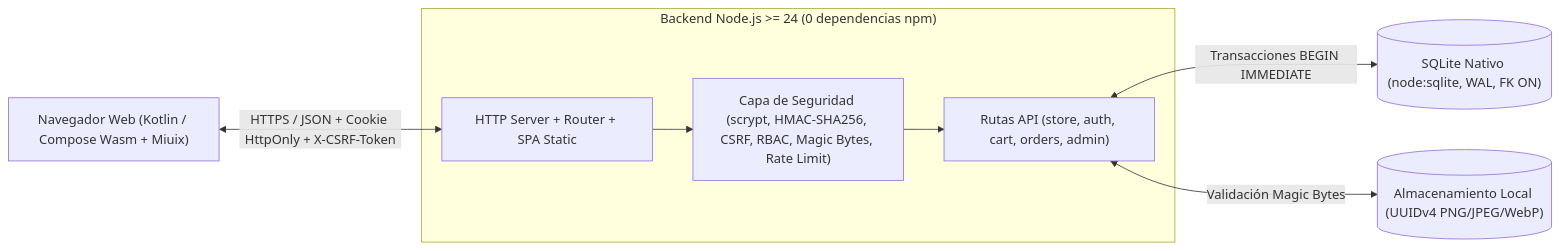
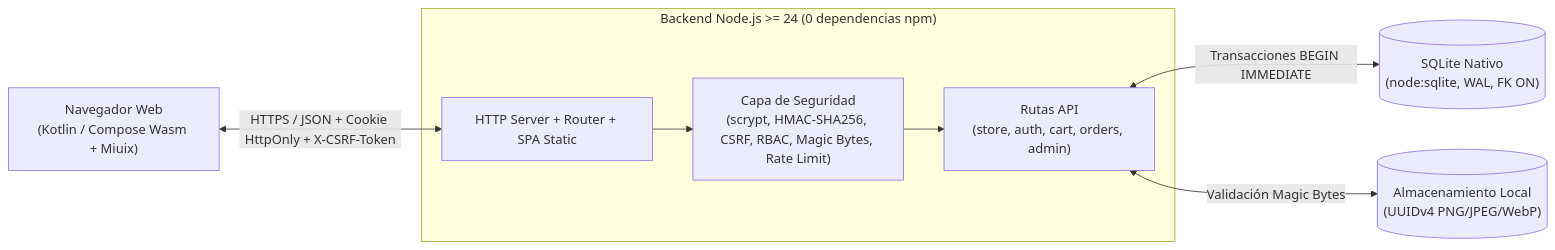
Before and after one commit to MituOS2/mitu-supply: the diagram in README.md, drawn with Mermaid. The commit also changed other lines of this file and 1 other file, not shown here.

````diff
--- a/README.md
+++ b/README.md
@@ -73,16 +89,16 @@
 ```mermaid
 flowchart LR
-    Browser["Navegador Web (Kotlin / Compose Wasm + Miuix)"]
+    Browser["Navegador Web\n(Kotlin / Compose Wasm + Miuix)"]
     subgraph Server["Backend Node.js >= 24 (0 dependencias npm)"]
         Router["HTTP Server + Router + SPA Static"]
-        Sec["Capa de Seguridad (scrypt, HMAC-SHA256, CSRF, RBAC, Magic Bytes, Rate Limit)"]
-        Routes["Rutas API (store, auth, cart, orders, admin)"]
+        Sec["Capa de Seguridad\n(scrypt, HMAC-SHA256, CSRF, RBAC, Magic Bytes, Rate Limit)"]
+        Routes["Rutas API\n(store, auth, cart, orders, admin)"]
         Router --> Sec --> Routes
     end
-    DB[("SQLite Nativo (node:sqlite, WAL, FK ON)")]
-    Media[("Almacenamiento Local (UUIDv4 PNG/JPEG/WebP)")]
+    DB[("SQLite Nativo\n(node:sqlite, WAL, FK ON)")]
+    Media[("Almacenamiento Local\n(UUIDv4 PNG/JPEG/WebP)")]
 
     Browser <-->|"HTTPS / JSON + Cookie HttpOnly + X-CSRF-Token"| Router
     Routes <-->|"Transacciones BEGIN IMMEDIATE"| DB
     Routes <-->|"Validación Magic Bytes"| Media
 ```
````
